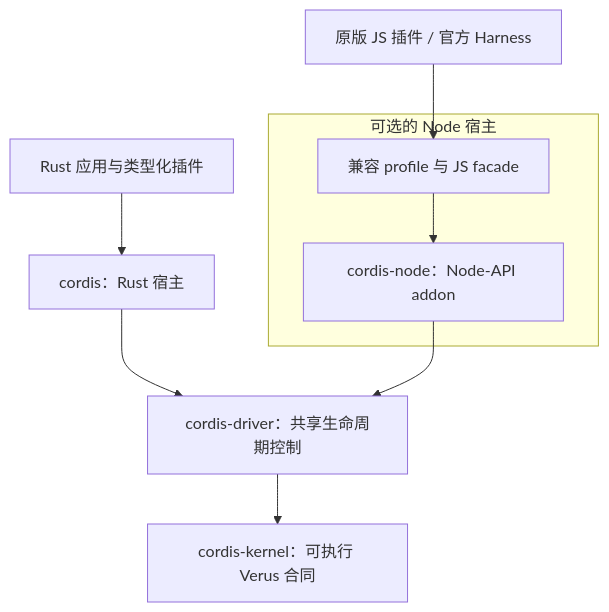
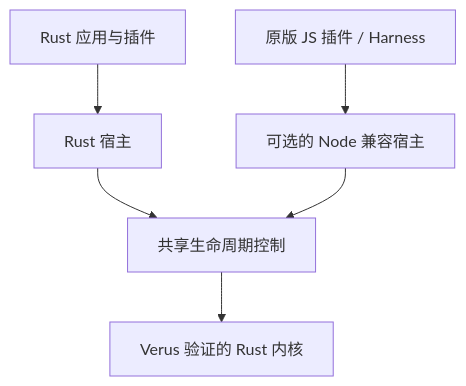
One commit to validation-engineering/cordis-verus changed the diagram in README.zh-CN.md. Above: the diagram before and after it, drawn with Mermaid. The commit also changed other lines of this file and 2 other files, not shown here.

Commit message:
docs: focus README on verified runtime and getting started

````diff
--- a/README.zh-CN.md
+++ b/README.zh-CN.md
@@ -90,11 +42,8 @@
 ```mermaid
 flowchart TD
-    RustApp["Rust 应用与类型化插件"] --> RustHost["cordis：Rust 宿主"]
-    JSApp["原版 JS 插件 / 官方 Harness"] --> Facade["兼容 profile 与 JS facade"]
-    subgraph OptionalNode["可选的 Node 宿主"]
-        Facade --> NodeHost["cordis-node：Node-API addon"]
-    end
-    RustHost --> Driver["cordis-driver：共享生命周期控制"]
-    NodeHost --> Driver
-    Driver --> Kernel["cordis-kernel：可执行 Verus 合同"]
+    Rust["Rust 应用与插件"] --> Runtime["Rust 宿主"]
+    JS["原版 JS 插件 / Harness"] --> Node["可选的 Node 兼容宿主"]
+    Runtime --> Driver["共享生命周期控制"]
+    Node --> Driver
+    Driver --> Kernel["Verus 验证的 Rust 内核"]
 ```
````
